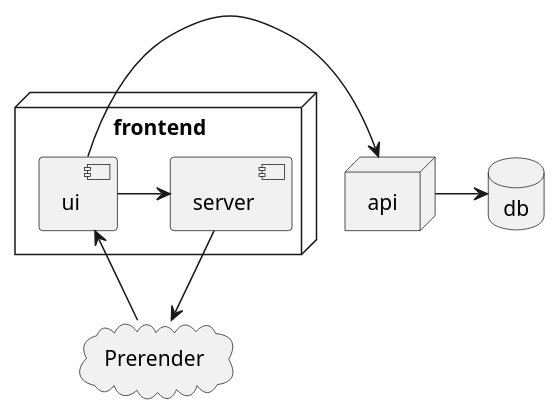
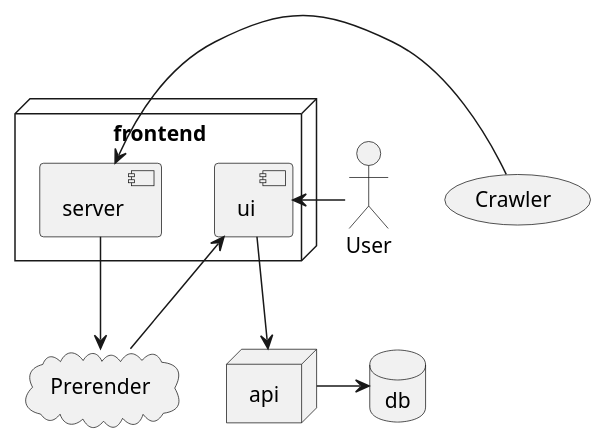
Before and after one commit to categolj/blog-frontend-old: the diagram in docs/diagram.puml, drawn with PlantUML.

```diff
--- a/docs/diagram.puml
+++ b/docs/diagram.puml
@@ -1,21 +1,28 @@
 @startuml
+(Crawler)
+actor User
+
 node "frontend" {
-  [ui] -> [server]
+  [ui]
+  [server]
 }
 
 node "api"  {
 }
 
 database "db" {
 }
 
 cloud "Prerender" {
 }
 
 
 [server] --> Prerender
-[ui] -> api
+[ui] --> api
 api -> db
 
 Prerender -> ui
+
+User -> ui
+Crawler -> [server]
 @enduml
```
